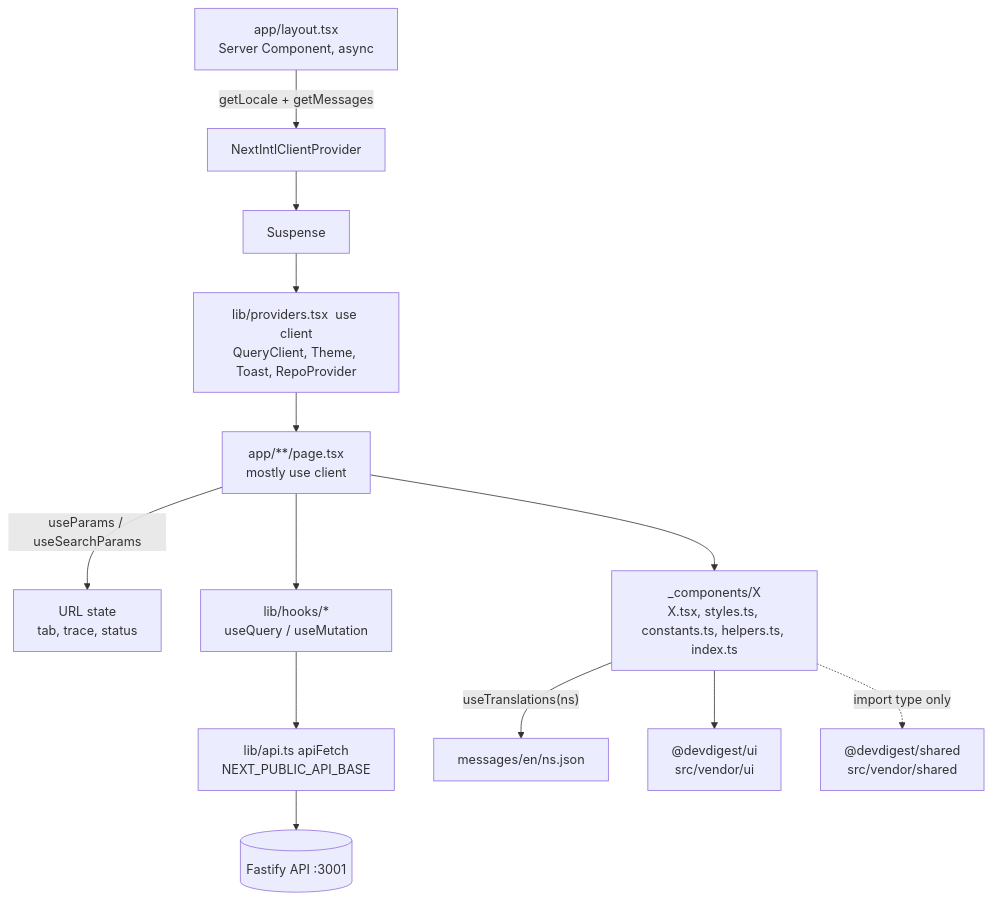
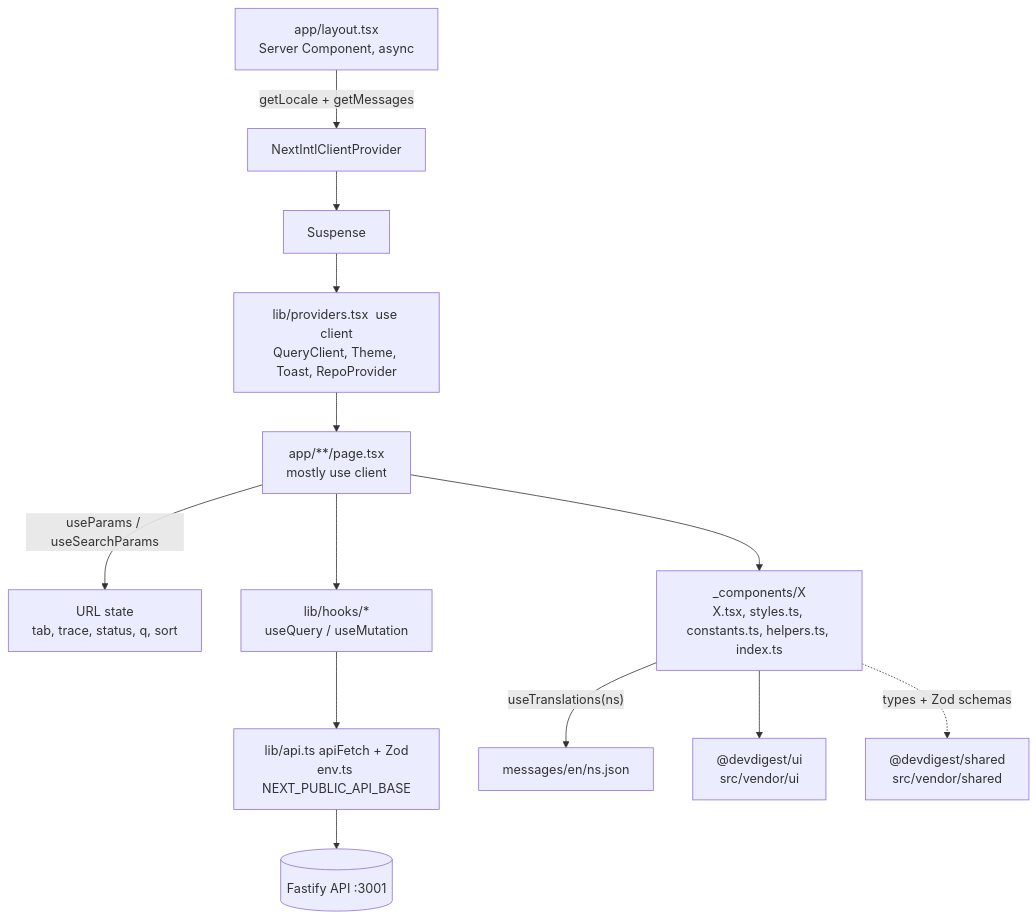
The diagram in client/docs/ui-architecture.md (IlonaChu/dev-digest), drawn with Mermaid before and after one commit. The commit also changed other lines of this file and 174 other files, not shown here.

````diff
--- a/client/docs/ui-architecture.md
+++ b/client/docs/ui-architecture.md
@@ -7,15 +7,15 @@
 ```mermaid
 flowchart TD
   L["app/layout.tsx<br/>Server Component, async"] -->|"getLocale + getMessages"| NI["NextIntlClientProvider"]
   NI --> SU["Suspense"]
   SU --> PV["lib/providers.tsx  use client<br/>QueryClient, Theme, Toast, RepoProvider"]
   PV --> PG["app/**/page.tsx<br/>mostly use client"]
-  PG -->|"useParams / useSearchParams"| URL["URL state<br/>tab, trace, status"]
+  PG -->|"useParams / useSearchParams"| URL["URL state<br/>tab, trace, status, q, sort"]
   PG --> HK["lib/hooks/*<br/>useQuery / useMutation"]
-  HK --> API["lib/api.ts apiFetch<br/>NEXT_PUBLIC_API_BASE"]
+  HK --> API["lib/api.ts apiFetch + Zod<br/>env.ts NEXT_PUBLIC_API_BASE"]
   API --> SRV[("Fastify API :3001")]
   PG --> CMP["_components/X<br/>X.tsx, styles.ts, constants.ts, helpers.ts, index.ts"]
   CMP -->|"useTranslations(ns)"| MSG["messages/en/ns.json"]
   CMP --> UI["@devdigest/ui<br/>src/vendor/ui"]
-  CMP -.->|"import type only"| SH["@devdigest/shared<br/>src/vendor/shared"]
+  CMP -.->|"types + Zod schemas"| SH["@devdigest/shared<br/>src/vendor/shared"]
 ```
````
